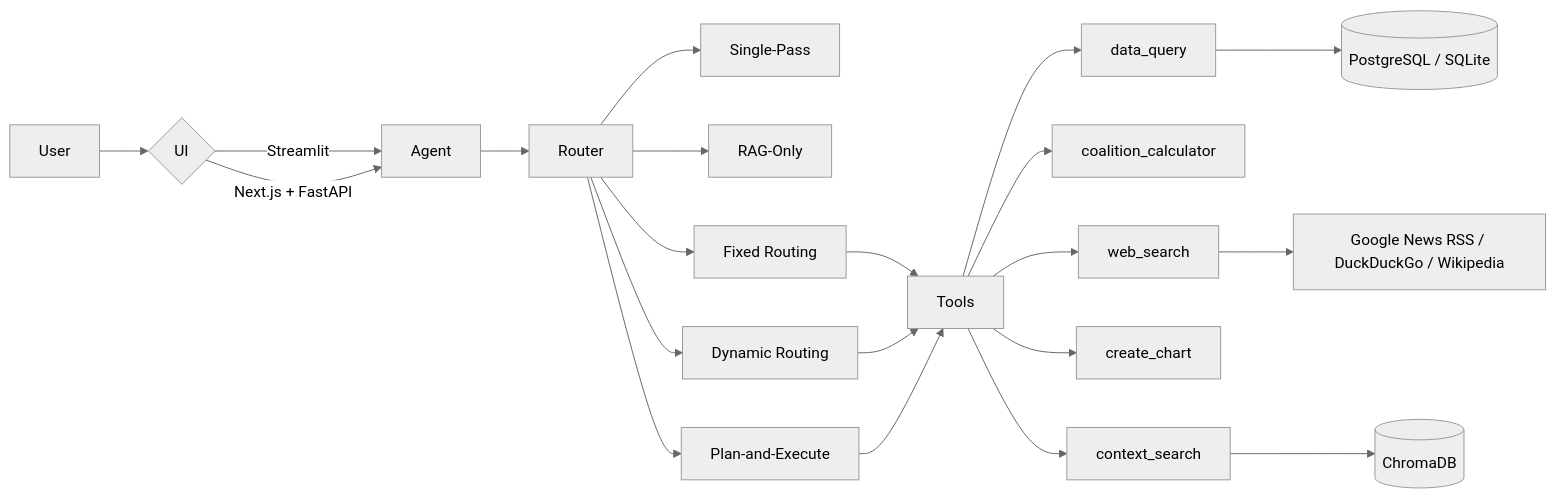
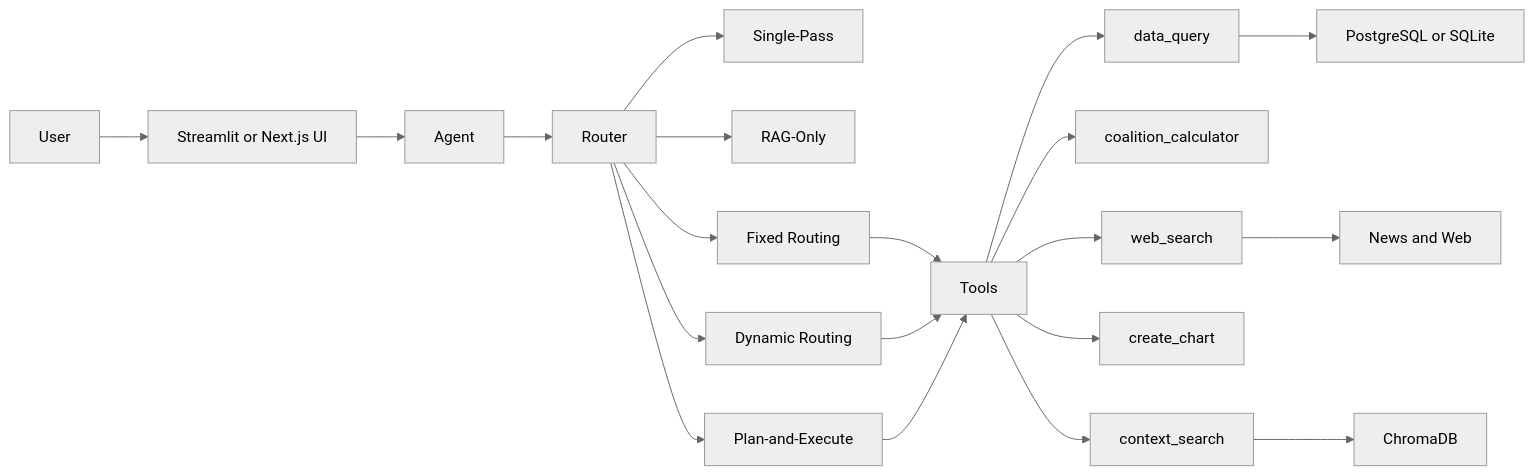
The diagram in README.md (YardenMorad2003/election-agent), drawn with Mermaid (neutral theme) before and after one commit.

Commit message:
Simplify Mermaid diagram for GitHub renderer
GitHub's Mermaid build choked on the quoted edge label `-- "Next.js + FastAPI" -->`
and the cylinder `[(...)]` shapes containing `/`, producing "Cannot read properties
of undefined (reading 'render')". Replaced with plain `graph LR` syntax, single-edge
arrows, and rectangular nodes that the GitHub renderer handles reliably.

````diff
--- a/README.md
+++ b/README.md
@@ -109,23 +109,22 @@
 ```mermaid
-flowchart LR
-    U[User] --> UI{UI}
-    UI -- Streamlit --> A[Agent]
-    UI -- "Next.js + FastAPI" --> A
+graph LR
+    U[User] --> UI[Streamlit or Next.js UI]
+    UI --> A[Agent]
     A --> R[Router]
     R --> C1[Single-Pass]
     R --> C2[RAG-Only]
     R --> C3[Fixed Routing]
     R --> C4[Dynamic Routing]
     R --> C5[Plan-and-Execute]
-    C3 --> T
+    C3 --> T[Tools]
     C4 --> T
     C5 --> T
-    T[Tools] --> DQ[data_query]
+    T --> DQ[data_query]
     T --> CO[coalition_calculator]
     T --> WS[web_search]
     T --> CH[create_chart]
     T --> CS[context_search]
-    DQ --> DB[(PostgreSQL / SQLite)]
-    CS --> VS[(ChromaDB)]
-    WS --> EXT[Google News RSS / DuckDuckGo / Wikipedia]
+    DQ --> DB[PostgreSQL or SQLite]
+    CS --> VS[ChromaDB]
+    WS --> EXT[News and Web]
 ```
````
